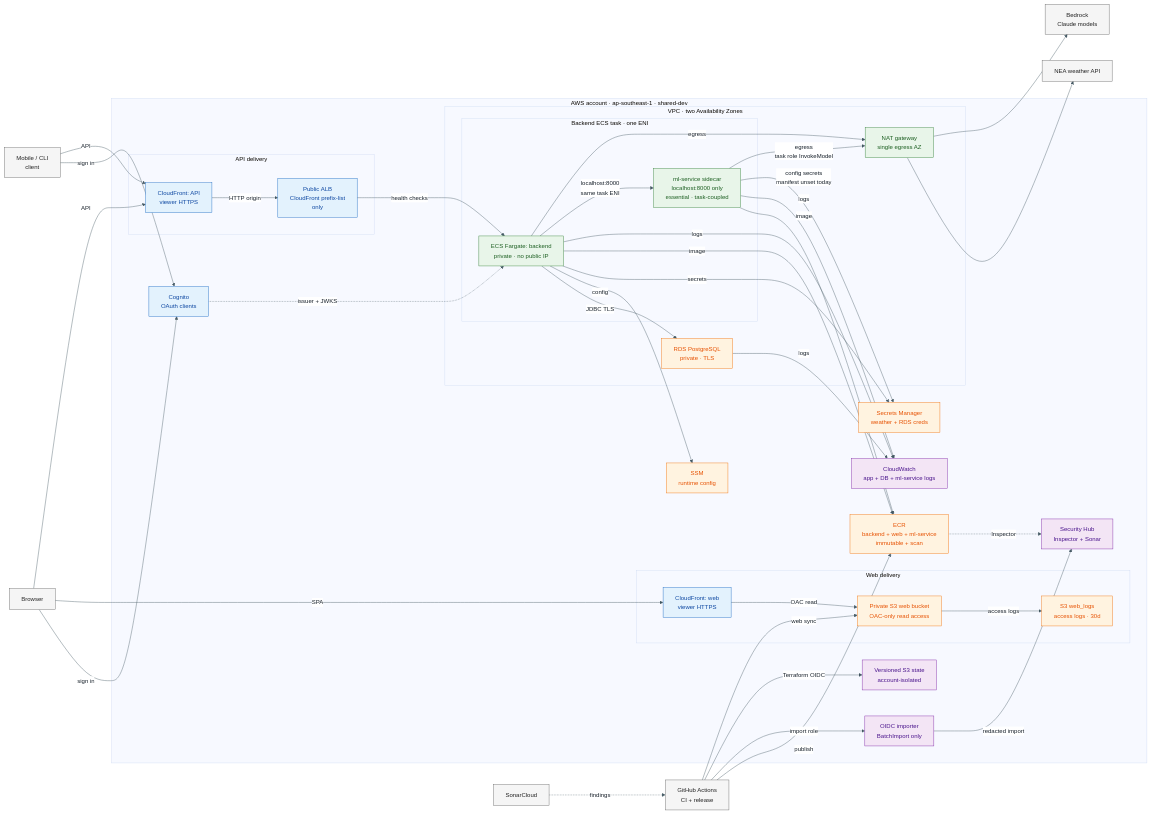
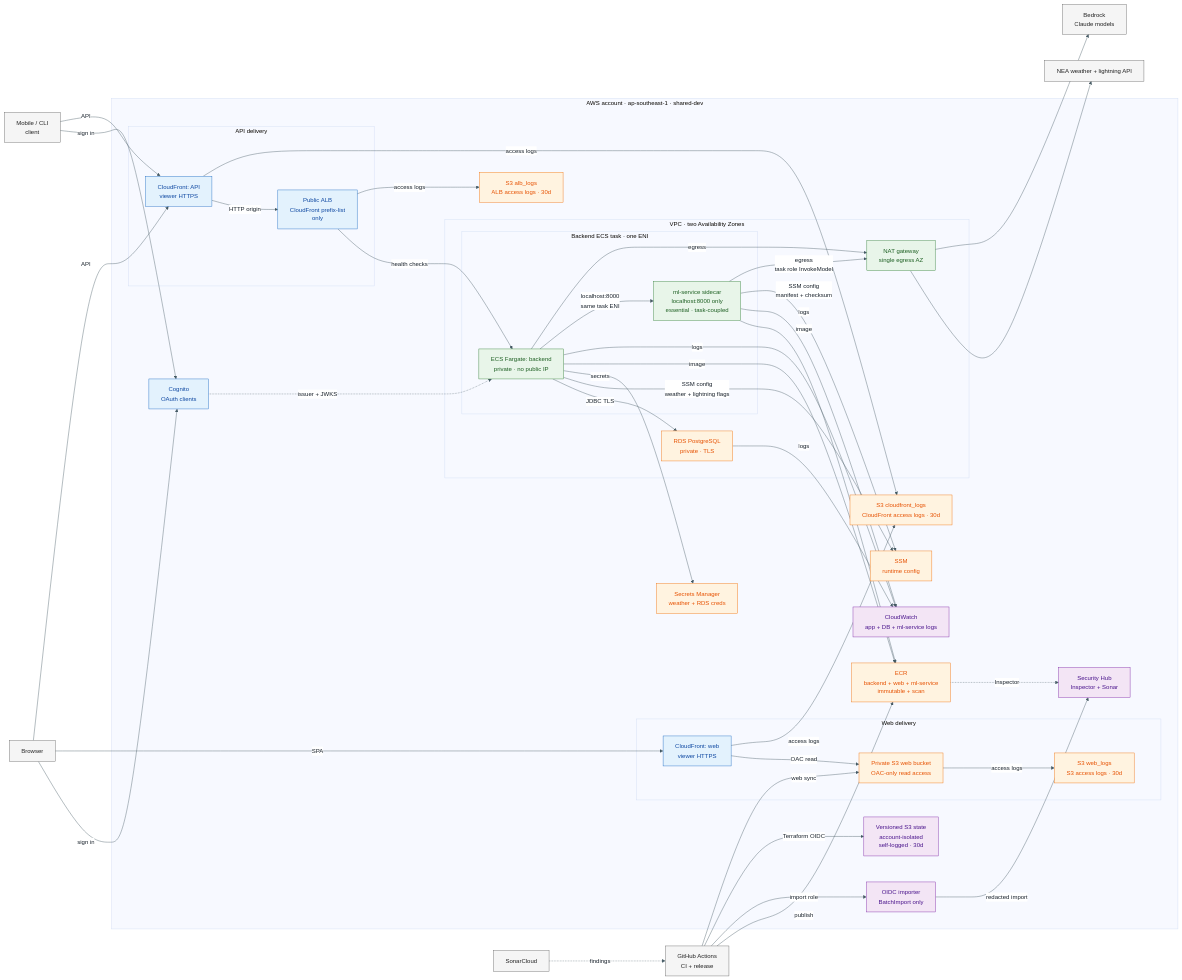
The first of 3 diagrams in docs/architecture/terraform-architecture.md (zctiong-iss/crewsafe), drawn with Mermaid before and after one commit. The commit also changed other lines of this file and 2 other files, not shown here.

Commit message:
fix: enhance architecture diagrams with detailed logging and API descriptions

````diff
--- a/docs/architecture/terraform-architecture.md
+++ b/docs/architecture/terraform-architecture.md
@@ -30,7 +30,7 @@
   browser[Browser]
   mobile[Mobile / CLI<br/>client]
   github[GitHub Actions<br/>CI + release]
-  nea[NEA weather API]
+  nea[NEA weather + lightning API]
   bedrock[Bedrock<br/>Claude models]
   sonar[SonarCloud]
 
@@ -40,7 +40,7 @@
     subgraph webedge[Web delivery]
       webcf[CloudFront: web<br/>viewer HTTPS]
       webbucket[Private S3 web bucket<br/>OAC-only read access]
-      weblogs[S3 web_logs<br/>access logs · 30d]
+      weblogs[S3 web_logs<br/>S3 access logs · 30d]
     end
 
     subgraph apiedge[API delivery]
@@ -61,9 +61,11 @@
     ssm[SSM<br/>runtime config]
     secrets[Secrets Manager<br/>weather + RDS creds]
     logs[CloudWatch<br/>app + DB + ml-service logs]
+    alblogs[S3 alb_logs<br/>ALB access logs · 30d]
+    cloudfrontlogs[S3 cloudfront_logs<br/>CloudFront access logs · 30d]
     securityhub[Security Hub<br/>Inspector + Sonar]
     importer[OIDC importer<br/>BatchImport only]
-    state[Versioned S3 state<br/>account-isolated]
+    state[Versioned S3 state<br/>account-isolated<br/>self-logged · 30d]
   end
 
   browser -->|sign in| cognito
@@ -71,17 +73,20 @@
   browser -->|SPA| webcf -->|OAC read| webbucket
   webbucket -->|access logs| weblogs
   browser -->|API| apicf -->|HTTP origin| alb -->|health checks| ecs
+  alb -->|access logs| alblogs
+  apicf -->|access logs| cloudfrontlogs
+  webcf -->|access logs| cloudfrontlogs
   mobile -->|API| apicf
   cognito -.->|issuer + JWKS| ecs
   ecs -->|JDBC TLS| rds
-  ecs -->|config| ssm
+  ecs -->|SSM config<br/>weather + lightning flags| ssm
   ecs -->|secrets| secrets
   ecs -->|image| ecr
   ecs -->|logs| logs
   ecs -->|localhost:8000<br/>same task ENI| mlservice
   mlservice -->|image| ecr
   mlservice -->|logs| logs
-  mlservice -->|config secrets<br/>manifest unset today| secrets
+  mlservice -->|SSM config<br/>manifest + checksum| ssm
   rds -->|logs| logs
   ecs -->|egress| nat --> nea
   mlservice -->|egress<br/>task role InvokeModel| nat --> bedrock
@@ -101,6 +106,6 @@
   class browser,mobile,github,nea,bedrock,sonar client;
   class cognito,webcf,apicf,alb edge;
   class nat,ecs,mlservice compute;
-  class webbucket,weblogs,rds,ecr,ssm,secrets data;
+  class webbucket,weblogs,rds,ecr,ssm,secrets,alblogs,cloudfrontlogs data;
   class logs,securityhub,importer,state ops;
 ```
````
